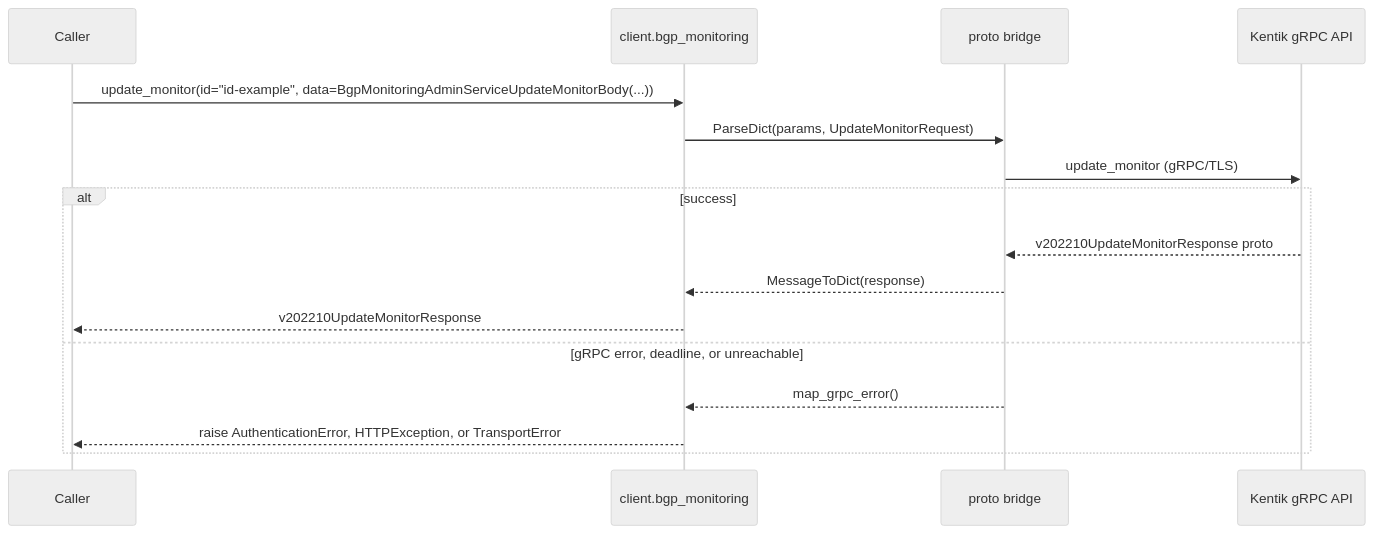
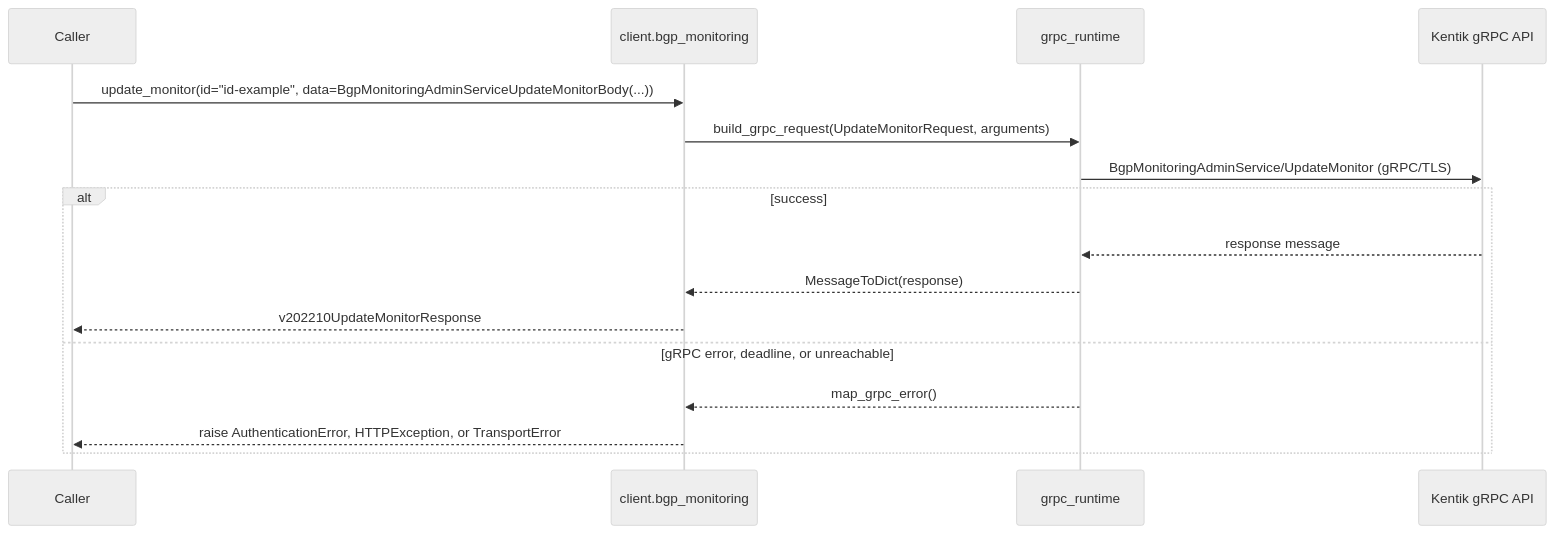
Diagram 13 of 18 in docs/sphinx/services/bgp_monitoring.md (alexdearaujo/community_sdk_python), drawn with Mermaid (neutral theme) before and after one commit. The commit also changed other lines of this file and 37 other files, not shown here.

First line of the commit message:
docs: show the real RPC in each service page's gRPC diagram

````diff
--- a/docs/sphinx/services/bgp_monitoring.md
+++ b/docs/sphinx/services/bgp_monitoring.md
@@ -433,19 +433,19 @@
 ```mermaid
 sequenceDiagram
     participant C as Caller
     participant W as client.bgp_monitoring
-    participant B as proto bridge
+    participant R as grpc_runtime
     participant API as Kentik gRPC API
 
     C->>W: update_monitor(id="id-example", data=BgpMonitoringAdminServiceUpdateMonitorBody(...))
-    W->>B: ParseDict(params, UpdateMonitorRequest)
-    B->>API: update_monitor (gRPC/TLS)
+    W->>R: build_grpc_request(UpdateMonitorRequest, arguments)
+    R->>API: BgpMonitoringAdminService/UpdateMonitor (gRPC/TLS)
     alt success
-        API-->>B: v202210UpdateMonitorResponse proto
-        B-->>W: MessageToDict(response)
+        API-->>R: response message
+        R-->>W: MessageToDict(response)
         W-->>C: v202210UpdateMonitorResponse
     else gRPC error, deadline, or unreachable
-        B-->>W: map_grpc_error()
+        R-->>W: map_grpc_error()
         W-->>C: raise AuthenticationError, HTTPException, or TransportError
     end
 ```
````
